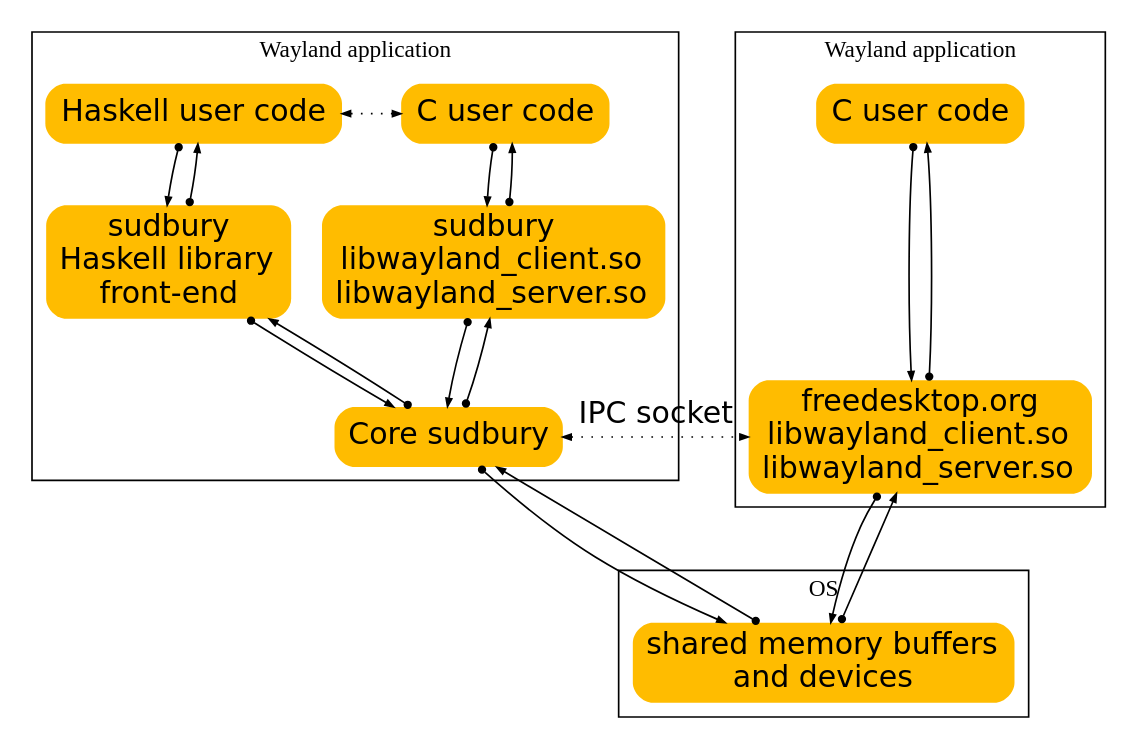
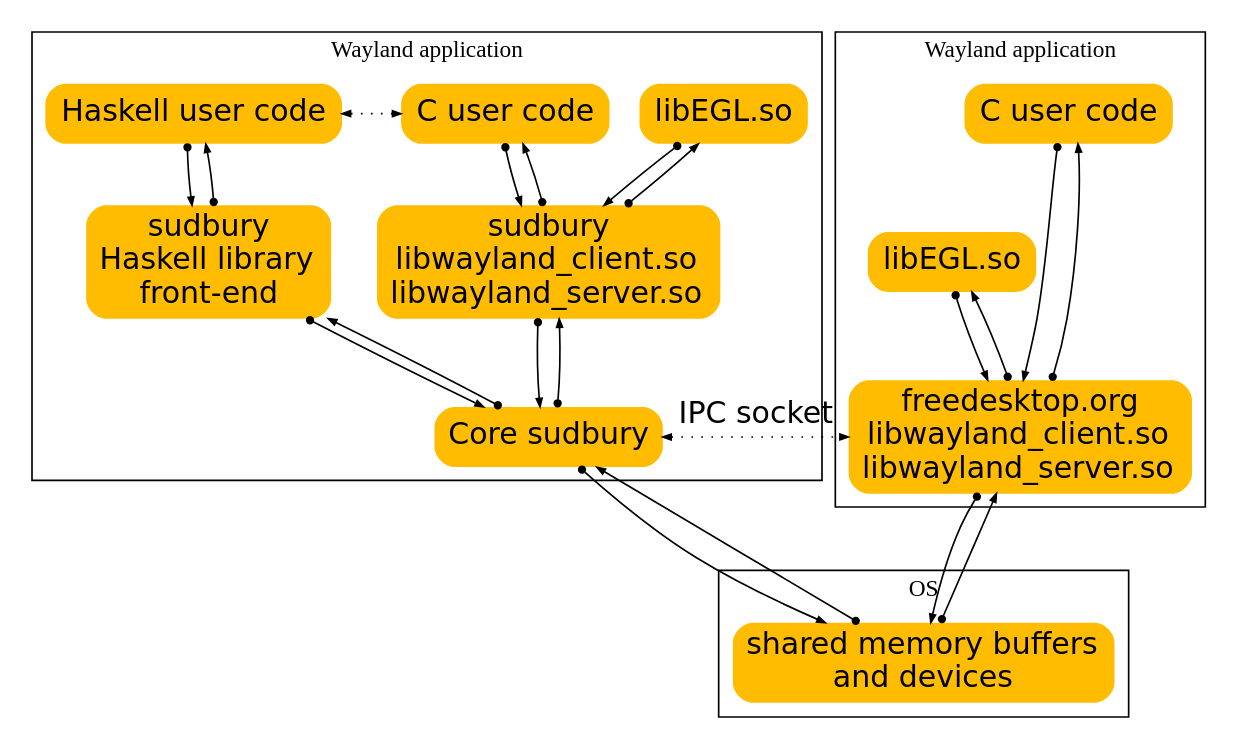
The diagram in sudbury_architecture.gv (abooij/sudbury), drawn with Graphviz before and after one commit. The commit also changed 1 other file, not shown here.

Commit message:
Also clarify role of EGL in architecture

```diff
--- a/sudbury_architecture.gv
+++ b/sudbury_architecture.gv
@@ -1,70 +1,79 @@
 digraph arch_wayland {
   edge[
     fontname="DejaVu Sans",
     dir="both",
     arrowtail="dot",
     arrowsize=.5,
     fontname="DejaVu Sans",
     fontsize="18",
   ]
 
   node[
     color=none,
     fontname="DejaVu Sans",
     fontsize="18",
     shape=box,
     style="rounded,filled",
     fillcolor="#ffbc00"
   ]
 
   newrank=true
 
   subgraph cluster_app1 {
     label="Wayland application"
 
+    egl_h [label="libEGL.so"]
     user_h [label="Haskell user code"]
     user_c [label="C user code"]
-    { rank=same; user_h, user_c }
+    { rank=same; user_h, user_c, egl_h }
 
     user_h -> user_c [style=dotted, arrowtail=normal]
 
     front_h [label=<sudbury<BR/>Haskell library<BR/>front-end>]
     front_c [label=<sudbury<BR/>libwayland_client.so<BR/>libwayland_server.so>]
     { rank=same; front_h, front_c }
 
     user_h -> front_h
     front_h -> user_h
 
     user_c -> front_c
     front_c -> user_c
 
+    front_c -> egl_h
+    egl_h -> front_c
+
     core [label="Core sudbury"]
 
     {front_h, front_c} -> core
     core -> {front_h, front_c}
   }
 
   subgraph cluster_app2 {
     label="Wayland application"
 
     user_c2 [label="C user code"]
 
+    egl_c [label="libEGL.so"]
+
     libwl [label=<freedesktop.org<BR/>libwayland_client.so<BR/>libwayland_server.so>]
+
+    egl_c -> libwl
+    libwl -> egl_c
 
     user_c2 -> libwl
     libwl -> user_c2
   }
   { rank=min; user_c2, user_c }
   { rank=same; libwl, core }
 
   core -> libwl [style=dotted, arrowtail=normal, label="IPC socket"]
 
   subgraph cluster_os {
     label="OS"
 
     ram [shape=record, label=<shared memory buffers<BR/>and devices>]
   }
   ram -> {core, libwl}
   ram -> libwl [style=invis, label=" "]
   {core, libwl} -> ram
 }
```
